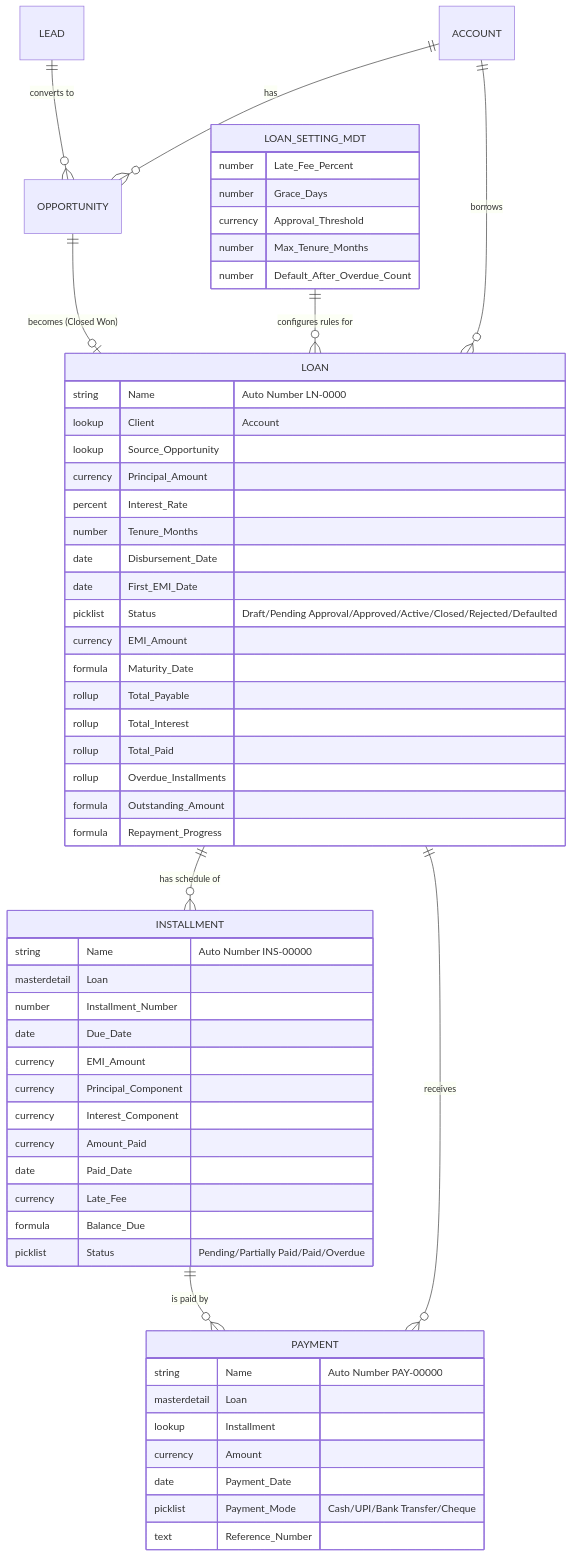
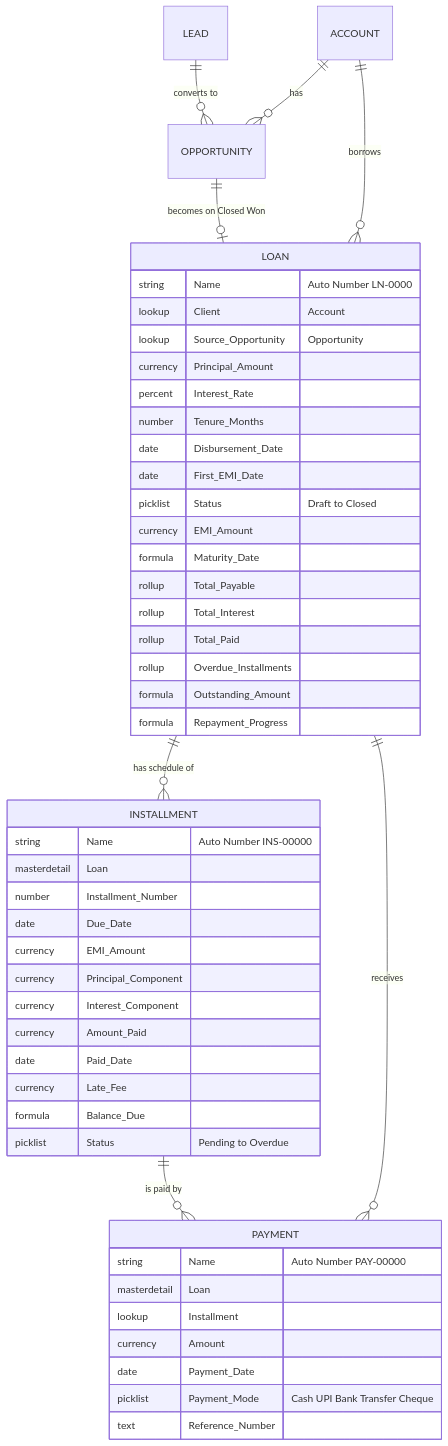
One commit to gowshilvijay26/loantrack-salesforce changed the third of 3 diagrams in README.md. Above: the diagram before and after it, drawn with Mermaid. The commit also changed other lines of this file, not shown here.

Commit message:
Update README: fix diagrams, add Agentforce section

````diff
--- a/README.md
+++ b/README.md
@@ -124,64 +127,55 @@
 ```mermaid
 erDiagram
     LEAD ||--o{ OPPORTUNITY : "converts to"
     ACCOUNT ||--o{ OPPORTUNITY : "has"
     ACCOUNT ||--o{ LOAN : "borrows"
-    OPPORTUNITY ||--o| LOAN : "becomes (Closed Won)"
+    OPPORTUNITY ||--o| LOAN : "becomes on Closed Won"
     LOAN ||--o{ INSTALLMENT : "has schedule of"
     LOAN ||--o{ PAYMENT : "receives"
     INSTALLMENT ||--o{ PAYMENT : "is paid by"
-    LOAN_SETTING_MDT ||--o{ LOAN : "configures rules for"
 
     LOAN {
         string Name "Auto Number LN-0000"
         lookup Client "Account"
-        lookup Source_Opportunity
+        lookup Source_Opportunity "Opportunity"
         currency Principal_Amount
         percent Interest_Rate
         number Tenure_Months
         date Disbursement_Date
         date First_EMI_Date
-        picklist Status "Draft/Pending Approval/Approved/Active/Closed/Rejected/Defaulted"
+        picklist Status "Draft to Closed"
         currency EMI_Amount
         formula Maturity_Date
         rollup Total_Payable
         rollup Total_Interest
         rollup Total_Paid
         rollup Overdue_Installments
         formula Outstanding_Amount
         formula Repayment_Progress
     }
 
     INSTALLMENT {
         string Name "Auto Number INS-00000"
         masterdetail Loan
         number Installment_Number
         date Due_Date
         currency EMI_Amount
         currency Principal_Component
         currency Interest_Component
         currency Amount_Paid
         date Paid_Date
         currency Late_Fee
         formula Balance_Due
-        picklist Status "Pending/Partially Paid/Paid/Overdue"
+        picklist Status "Pending to Overdue"
     }
 
     PAYMENT {
         string Name "Auto Number PAY-00000"
         masterdetail Loan
         lookup Installment
         currency Amount
         date Payment_Date
-        picklist Payment_Mode "Cash/UPI/Bank Transfer/Cheque"
+        picklist Payment_Mode "Cash UPI Bank Transfer Cheque"
         text Reference_Number
     }
-
-    LOAN_SETTING_MDT {
-        number Late_Fee_Percent
-        number Grace_Days
-        currency Approval_Threshold
-        number Max_Tenure_Months
-        number Default_After_Overdue_Count
-    }
 ```
````
